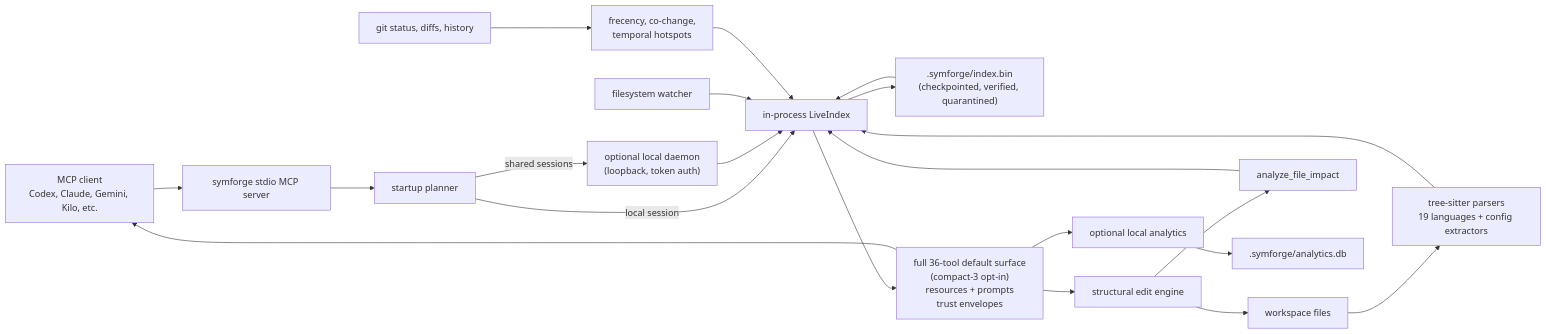
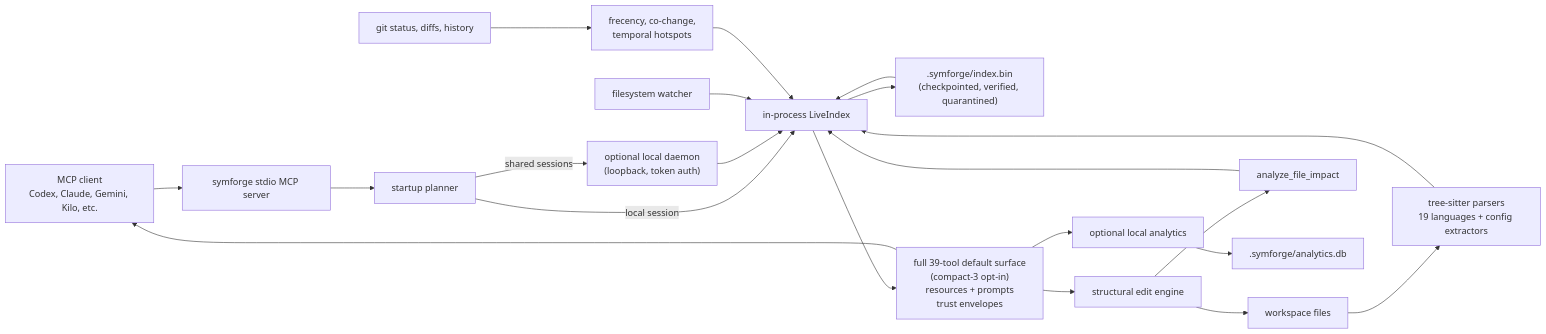
Before and after one commit to special-place-ai-heaven/symforge: the first of 2 diagrams in README.md, drawn with Mermaid. The commit also changed other lines of this file and 131 other files, not shown here.

````diff
--- a/README.md
+++ b/README.md
@@ -130,29 +130,29 @@
 ```mermaid
 flowchart LR
     Client["MCP client<br/>Codex, Claude, Gemini, Kilo, etc."] --> Server["symforge stdio MCP server"]
 
     Server --> Startup["startup planner"]
     Startup -->|local session| Local["in-process LiveIndex"]
     Startup -->|shared sessions| Daemon["optional local daemon<br/>(loopback, token auth)"]
     Daemon --> Local
 
     Workspace["workspace files"] --> Parser["tree-sitter parsers<br/>19 languages + config extractors"]
     Parser --> Local
     Watcher["filesystem watcher"] --> Local
     Git["git status, diffs, history"] --> Signals["frecency, co-change,<br/>temporal hotspots"]
     Signals --> Local
 
     Local --> Snapshot[".symforge/index.bin<br/>(checkpointed, verified, quarantined)"]
     Snapshot --> Local
 
-    Local --> Tools["full 36-tool default surface<br/>(compact-3 opt-in)<br/>resources + prompts<br/>trust envelopes"]
+    Local --> Tools["full 39-tool default surface<br/>(compact-3 opt-in)<br/>resources + prompts<br/>trust envelopes"]
     Tools --> Client
 
     Tools --> Edits["structural edit engine"]
     Edits --> Workspace
     Edits --> Impact["analyze_file_impact"]
     Impact --> Local
 
     Tools --> Analytics["optional local analytics"]
     Analytics --> AnalyticsDb[".symforge/analytics.db"]
 ```
````
